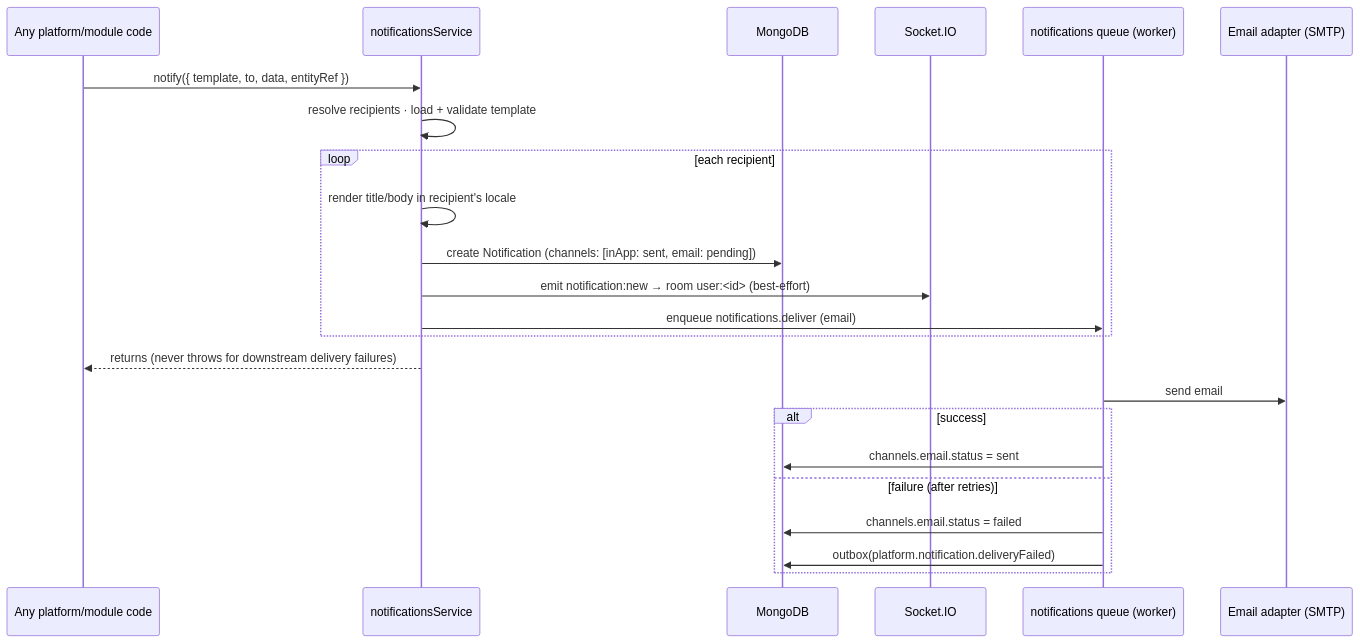
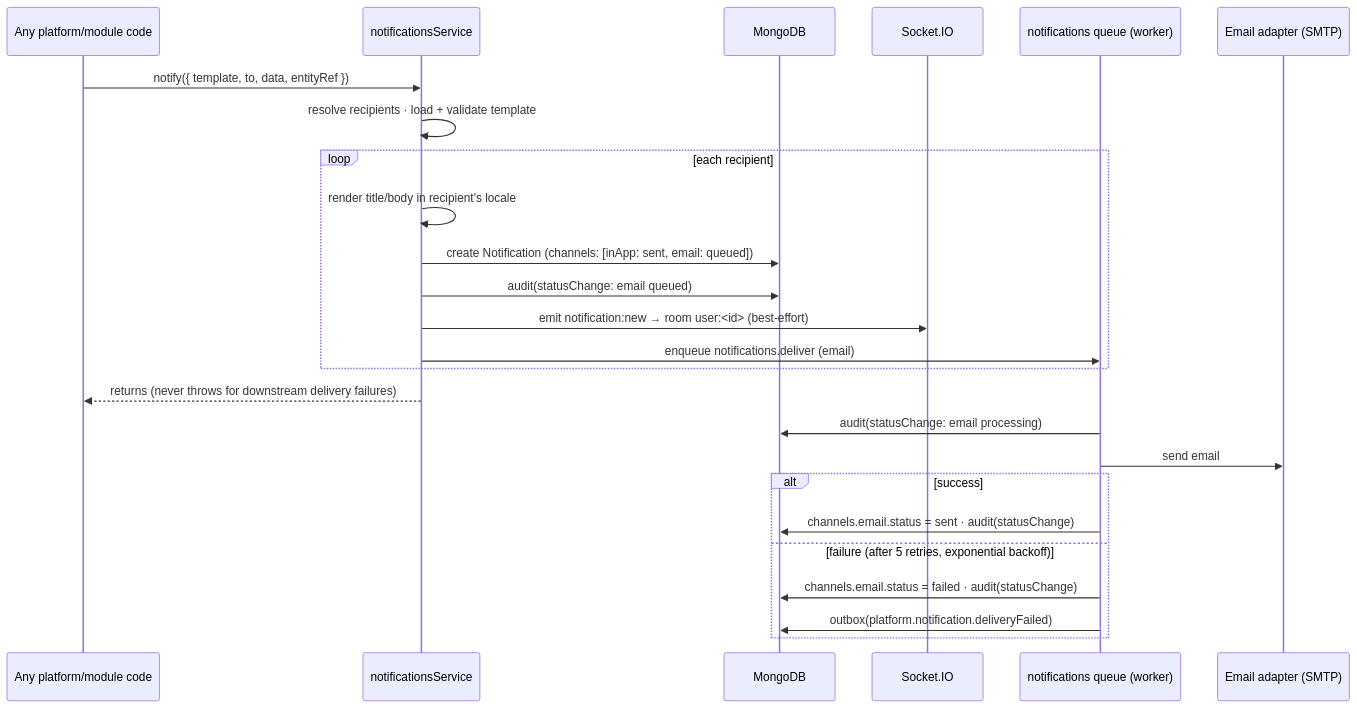
Before and after one commit to egycashcompany-ops/egycash: the first of 2 diagrams in docs/12-planning/sprint-3.3-plan.md, drawn with Mermaid. The commit also changed other lines of this file and 3 other files, not shown here.

````diff
--- a/docs/12-planning/sprint-3.3-plan.md
+++ b/docs/12-planning/sprint-3.3-plan.md
@@ -254,26 +412,28 @@
 ```mermaid
 sequenceDiagram
     participant Caller as Any platform/module code
     participant N as notificationsService
     participant M as MongoDB
     participant S as Socket.IO
     participant Q as notifications queue (worker)
     participant E as Email adapter (SMTP)
 
     Caller->>N: notify({ template, to, data, entityRef })
     N->>N: resolve recipients · load + validate template
     loop each recipient
         N->>N: render title/body in recipient's locale
-        N->>M: create Notification (channels: [inApp: sent, email: pending])
+        N->>M: create Notification (channels: [inApp: sent, email: queued])
+        N->>M: audit(statusChange: email queued)
         N->>S: emit notification:new → room user:<id> (best-effort)
         N->>Q: enqueue notifications.deliver (email)
     end
     N-->>Caller: returns (never throws for downstream delivery failures)
+    Q->>M: audit(statusChange: email processing)
     Q->>E: send email
     alt success
-        Q->>M: channels.email.status = sent
-    else failure (after retries)
-        Q->>M: channels.email.status = failed
+        Q->>M: channels.email.status = sent · audit(statusChange)
+    else failure (after 5 retries, exponential backoff)
+        Q->>M: channels.email.status = failed · audit(statusChange)
         Q->>M: outbox(platform.notification.deliveryFailed)
     end
 ```
````
